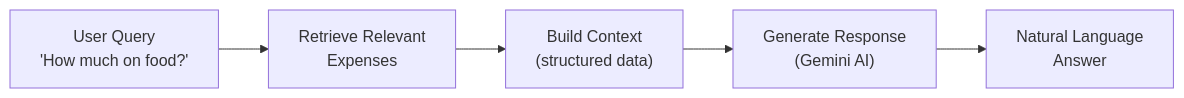
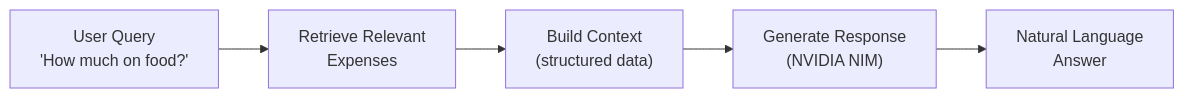
The seventh of 7 diagrams in doc.md (Gauravkrsah/pfm-deployment), drawn with Mermaid before and after one commit. The commit also changed other lines of this file and 111 other files, not shown here.

````diff
--- a/doc.md
+++ b/doc.md
@@ -380,13 +380,13 @@
 ```mermaid
 flowchart LR
     Query["User Query<br/>'How much on food?'"]
     Retrieve["Retrieve Relevant<br/>Expenses"]
     Context["Build Context<br/>(structured data)"]
-    Generate["Generate Response<br/>(Gemini AI)"]
+    Generate["Generate Response<br/>(NVIDIA NIM)"]
     Response["Natural Language<br/>Answer"]
     
     Query --> Retrieve
     Retrieve --> Context
     Context --> Generate
     Generate --> Response
 ```
````
